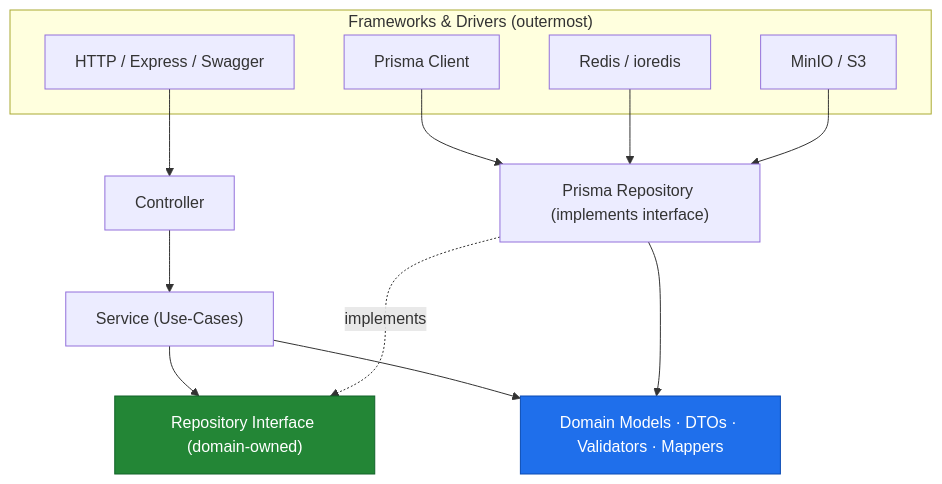
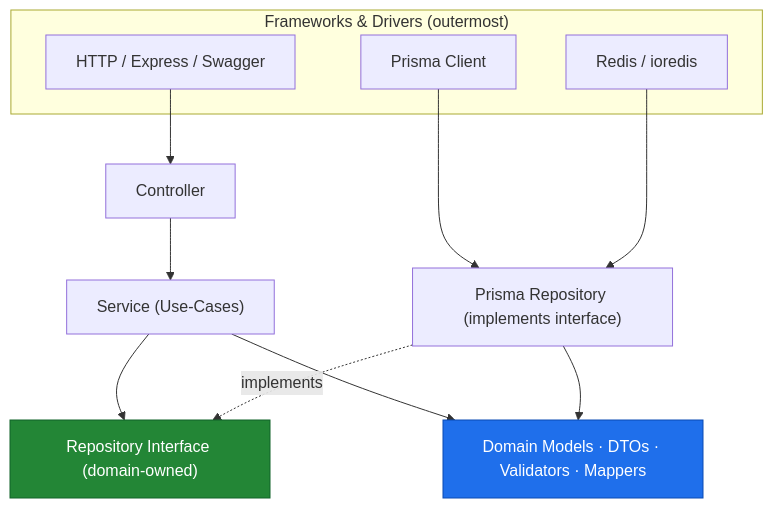
Before and after one commit to luscanascimento/financial-system: the third of 4 diagrams in docs/architecture.md, drawn with Mermaid. The commit also changed other lines of this file and 6 other files, not shown here.

First line of the commit message:
docs: align the ADRs and architecture doc with the implementation

````diff
--- a/docs/architecture.md
+++ b/docs/architecture.md
@@ -109,23 +99,21 @@
 ```mermaid
 graph TD
   subgraph Frameworks["Frameworks & Drivers (outermost)"]
     HTTP["HTTP / Express / Swagger"]
     PrismaC["Prisma Client"]
     RedisC["Redis / ioredis"]
-    S3["MinIO / S3"]
   end
 
   Controller["Controller"] --> Service["Service (Use-Cases)"]
   Service --> RepoIface["Repository Interface (domain-owned)"]
   Service --> Domain["Domain Models · DTOs · Validators · Mappers"]
   RepoImpl["Prisma Repository (implements interface)"] -. implements .-> RepoIface
   RepoImpl --> Domain
 
   HTTP --> Controller
   PrismaC --> RepoImpl
   RedisC --> RepoImpl
-  S3 --> RepoImpl
 
   style Domain fill:#1f6feb,stroke:#0b4bb3,color:#fff
   style RepoIface fill:#238636,stroke:#116329,color:#fff
 ```
````
